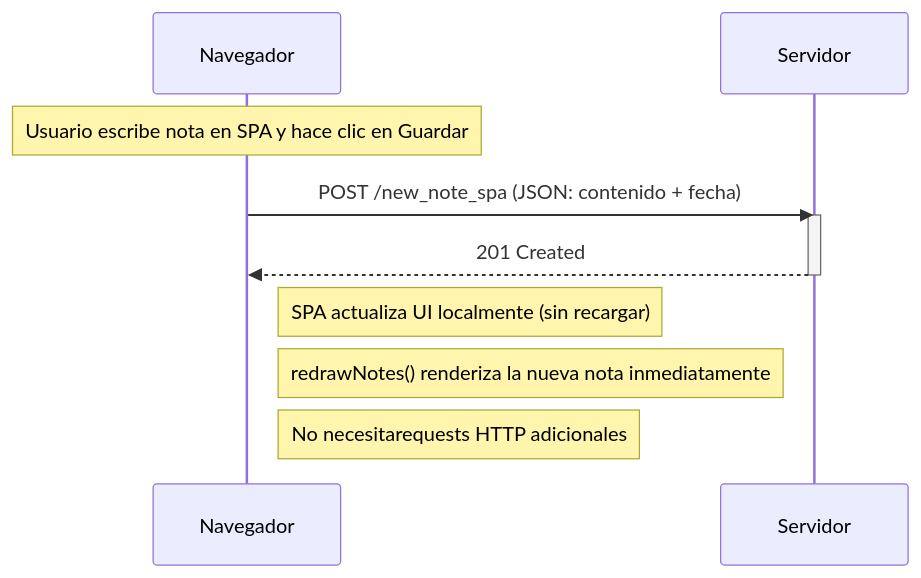
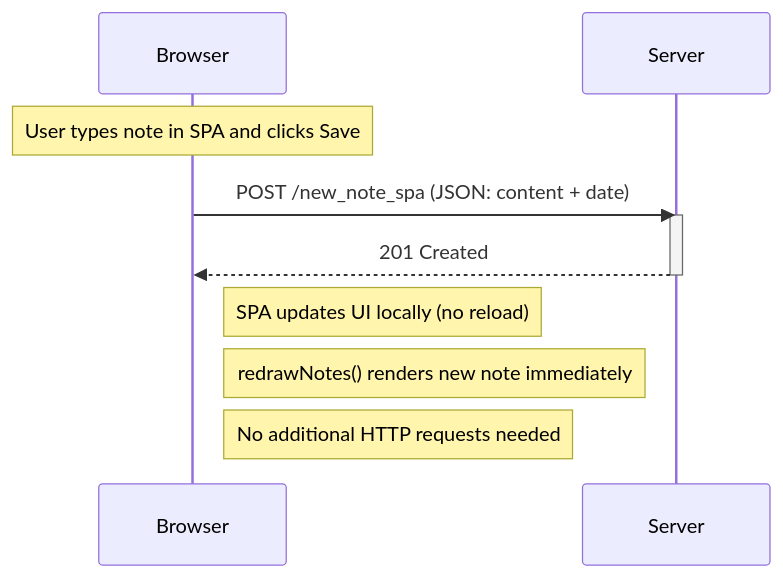
The diagram in part0/0.6-spa-new-note.mmd (brujo-rojas/fullstackopen-open), drawn with Mermaid before and after one commit. The commit also changed 2 other files, not shown here.

Commit message:
fix(part0): translate diagrams to english

```diff
--- a/part0/0.6-spa-new-note.mmd
+++ b/part0/0.6-spa-new-note.mmd
@@ -1,13 +1,13 @@
 sequenceDiagram
-    participant Navegador
-    participant Servidor
+    participant Browser
+    participant Server
 
-    Note over Navegador: Usuario escribe nota en SPA y hace clic en Guardar
-    Navegador->>Servidor: POST /new_note_spa (JSON: contenido + fecha)
-    activate Servidor
-    Servidor-->>Navegador: 201 Created
-    deactivate Servidor
+    Note over Browser: User types note in SPA and clicks Save
+    Browser->>Server: POST /new_note_spa (JSON: content + date)
+    activate Server
+    Server-->>Browser: 201 Created
+    deactivate Server
 
-    Note right of Navegador: SPA actualiza UI localmente (sin recargar)
-    Note right of Navegador: redrawNotes() renderiza la nueva nota inmediatamente
-    Note right of Navegador: No necesitarequests HTTP adicionales
+    Note right of Browser: SPA updates UI locally (no reload)
+    Note right of Browser: redrawNotes() renders new note immediately
+    Note right of Browser: No additional HTTP requests needed
```
